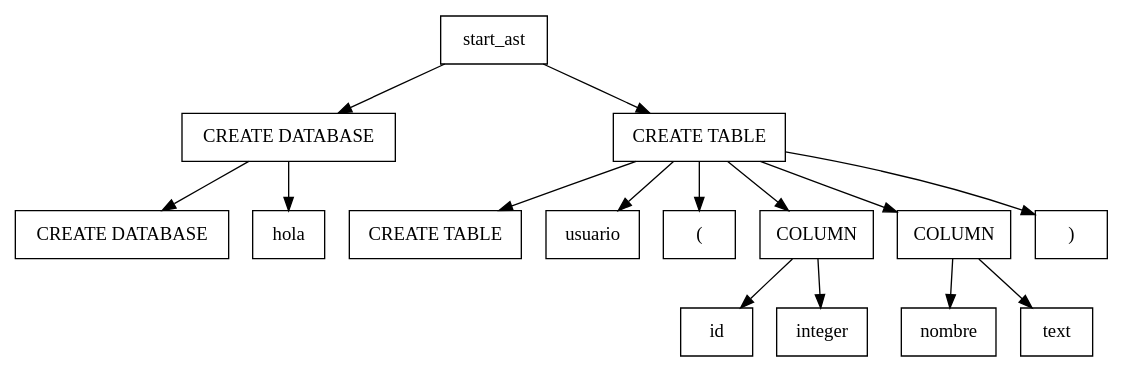
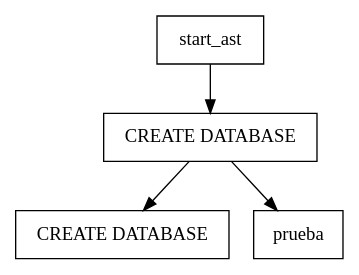
Before and after one commit to tytusdb/tytusdb: the diagram in parser/team23/ast_reporte.dot, drawn with Graphviz. The commit also changed 48 other files, not shown here.

```diff
--- a/parser/team23/ast_reporte.dot
+++ b/parser/team23/ast_reporte.dot
@@ -1,32 +1,10 @@
 digraph AST { 
  node [shape=record];
 node0[label ="CREATE DATABASE"];
 start_ast -> node0;
 node1[label="CREATE DATABASE"];
 node0 -> node1;
-node2[label="hola"];
+node2[label="prueba"];
 node0 -> node2;
-node12[label ="CREATE TABLE"];
-start_ast -> node12;
-node13[label="CREATE TABLE"];
-node12 -> node13;
-node14[label="usuario"];
-node12 -> node14;
-node15[label="("];
-node12 -> node15;
-node6[label="COLUMN"];
-node12 -> node6;
-node7[label="id"];
-node6 -> node7;
-node8[label="integer"];
-node6 -> node8;
-node9[label="COLUMN"];
-node12 -> node9;
-node10[label="nombre"];
-node9 -> node10;
-node11[label="text"];
-node9 -> node11;
-node16[label=")"];
-node12 -> node16;
 
 }
```
